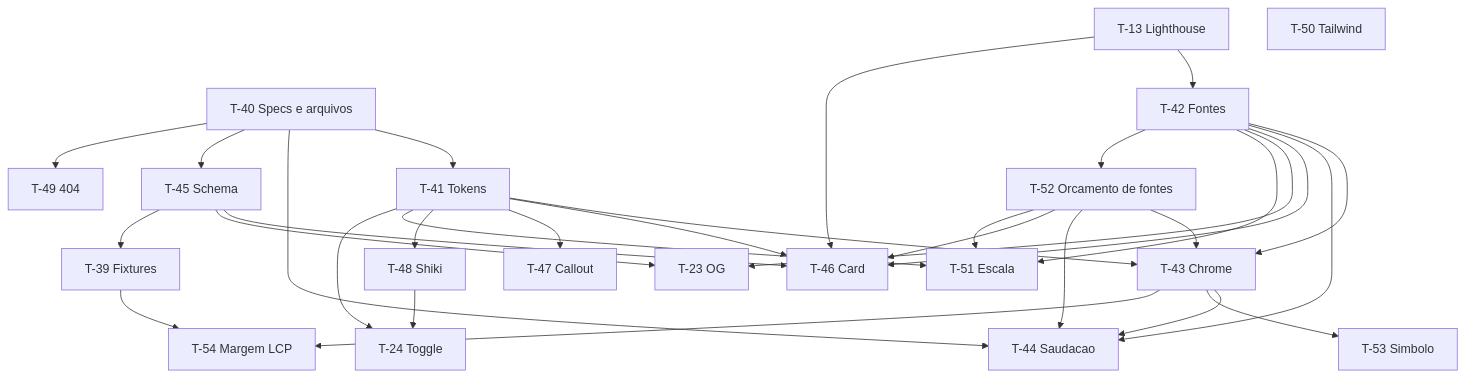
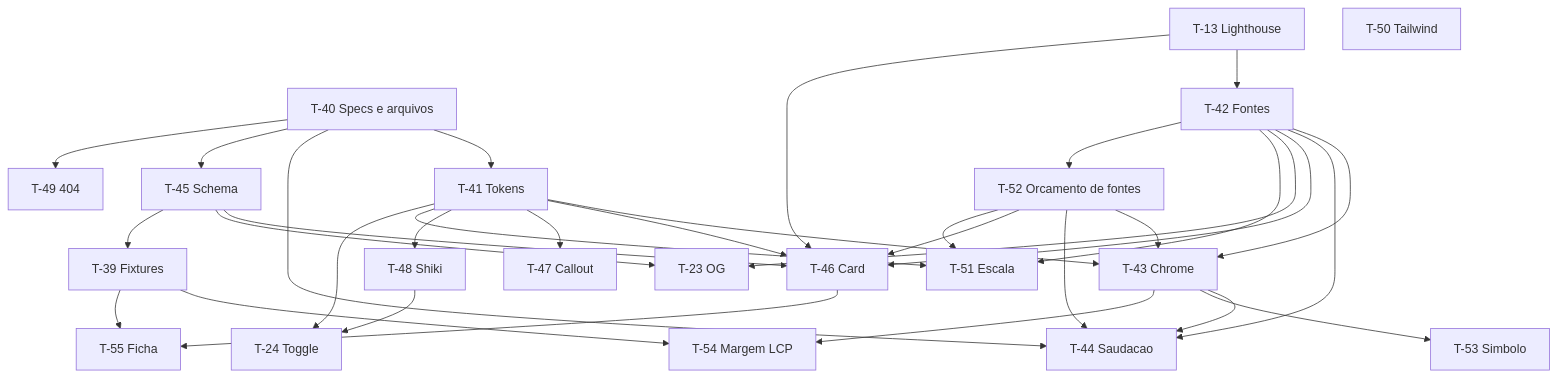
Before and after one commit to Pedroknoll/blog_pedro-knoll: the second of 2 diagrams in specs/ROADMAP.md, drawn with Mermaid. The commit also changed other lines of this file and 20 other files, not shown here.

````diff
--- a/specs/ROADMAP.md
+++ b/specs/ROADMAP.md
@@ -86,52 +86,55 @@
 ```mermaid
 flowchart TD
   T40[T-40 Specs e arquivos]
   T41[T-41 Tokens]
   T13[T-13 Lighthouse]
   T42[T-42 Fontes]
   T51[T-51 Escala]
   T52[T-52 Orcamento de fontes]
   T43[T-43 Chrome]
   T44[T-44 Saudacao]
   T45[T-45 Schema]
   T46[T-46 Card]
   T47[T-47 Callout]
   T48[T-48 Shiki]
   T49[T-49 404]
   T50[T-50 Tailwind]
   T23[T-23 OG]
   T24[T-24 Toggle]
   T39[T-39 Fixtures]
   T53[T-53 Simbolo]
   T54[T-54 Margem LCP]
+  T55[T-55 Ficha]
   T40 --> T41
   T40 --> T44
   T40 --> T45
   T40 --> T49
   T13 --> T42
   T41 --> T43
   T42 --> T43
   T43 --> T44
   T42 --> T44
   T13 --> T46
   T41 --> T46
   T42 --> T46
   T45 --> T46
   T41 --> T47
   T41 --> T48
   T45 --> T23
   T42 --> T23
   T42 --> T51
   T41 --> T51
   T42 --> T52
   T52 --> T43
   T52 --> T44
   T52 --> T46
   T52 --> T51
   T45 --> T39
   T41 --> T24
   T48 --> T24
   T43 --> T53
   T43 --> T54
   T39 --> T54
+  T39 --> T55
+  T46 --> T55
 ```
````
